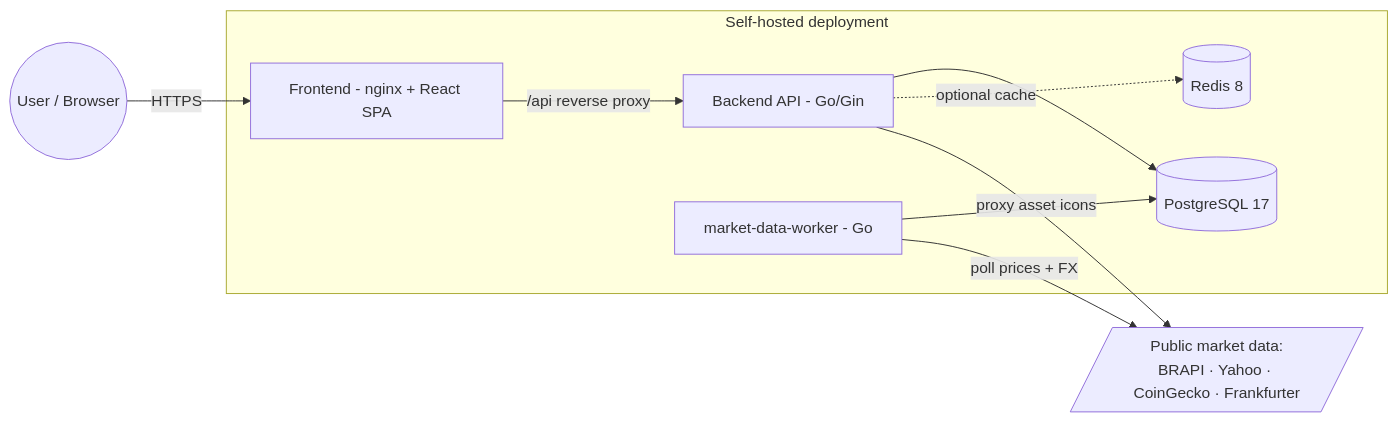
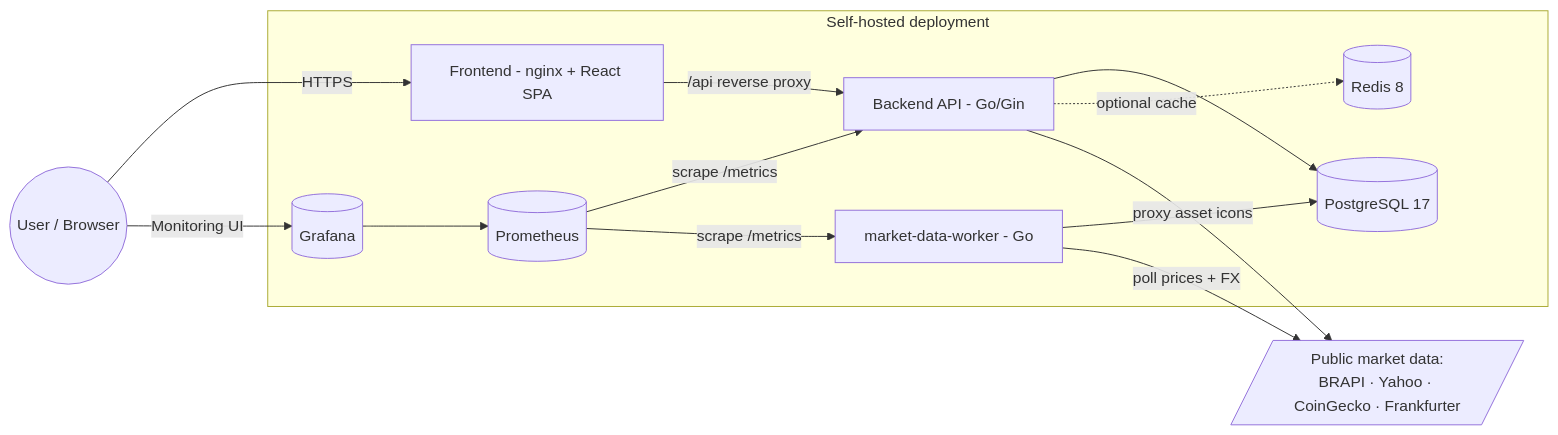
The first of 6 diagrams in docs/architecture.md (thiagoms15/finance_dashboard), drawn with Mermaid before and after one commit. The commit also changed other lines of this file and 324 other files, not shown here.

````diff
--- a/docs/architecture.md
+++ b/docs/architecture.md
@@ -59,20 +59,26 @@
 ```mermaid
 flowchart LR
   user((User / Browser))
   subgraph app[Self-hosted deployment]
     fe[Frontend - nginx + React SPA]
     be[Backend API - Go/Gin]
     wk[market-data-worker - Go]
     pg[(PostgreSQL 17)]
     rd[(Redis 8)]
+    pr[(Prometheus)]
+    gr[(Grafana)]
   end
   providers[/Public market data:\nBRAPI · Yahoo · CoinGecko · Frankfurter/]
 
   user -->|HTTPS| fe
+  user -->|Monitoring UI| gr
   fe -->|/api reverse proxy| be
   be --> pg
   be -. optional cache .-> rd
   wk --> pg
   wk -->|poll prices + FX| providers
   be -->|proxy asset icons| providers
+  pr -->|scrape /metrics| be
+  pr -->|scrape /metrics| wk
+  gr --> pr
 ```
````
